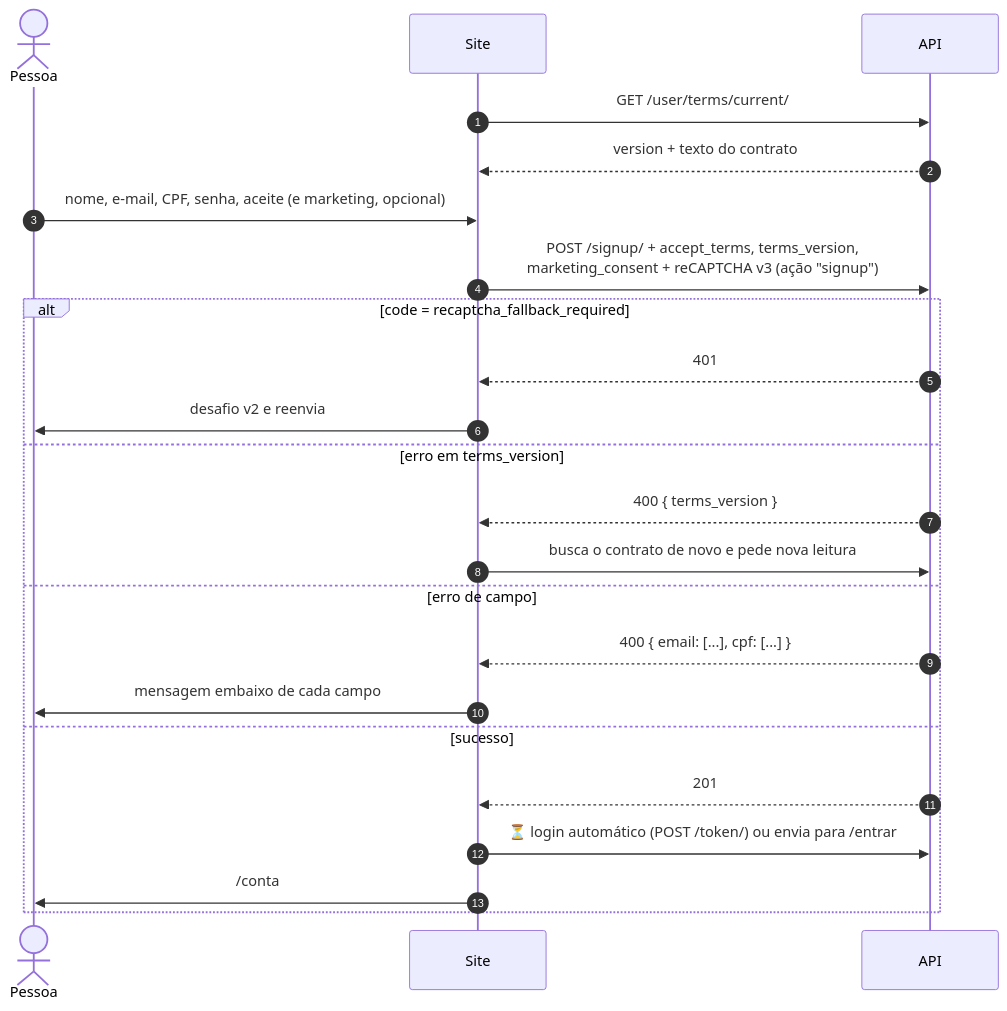
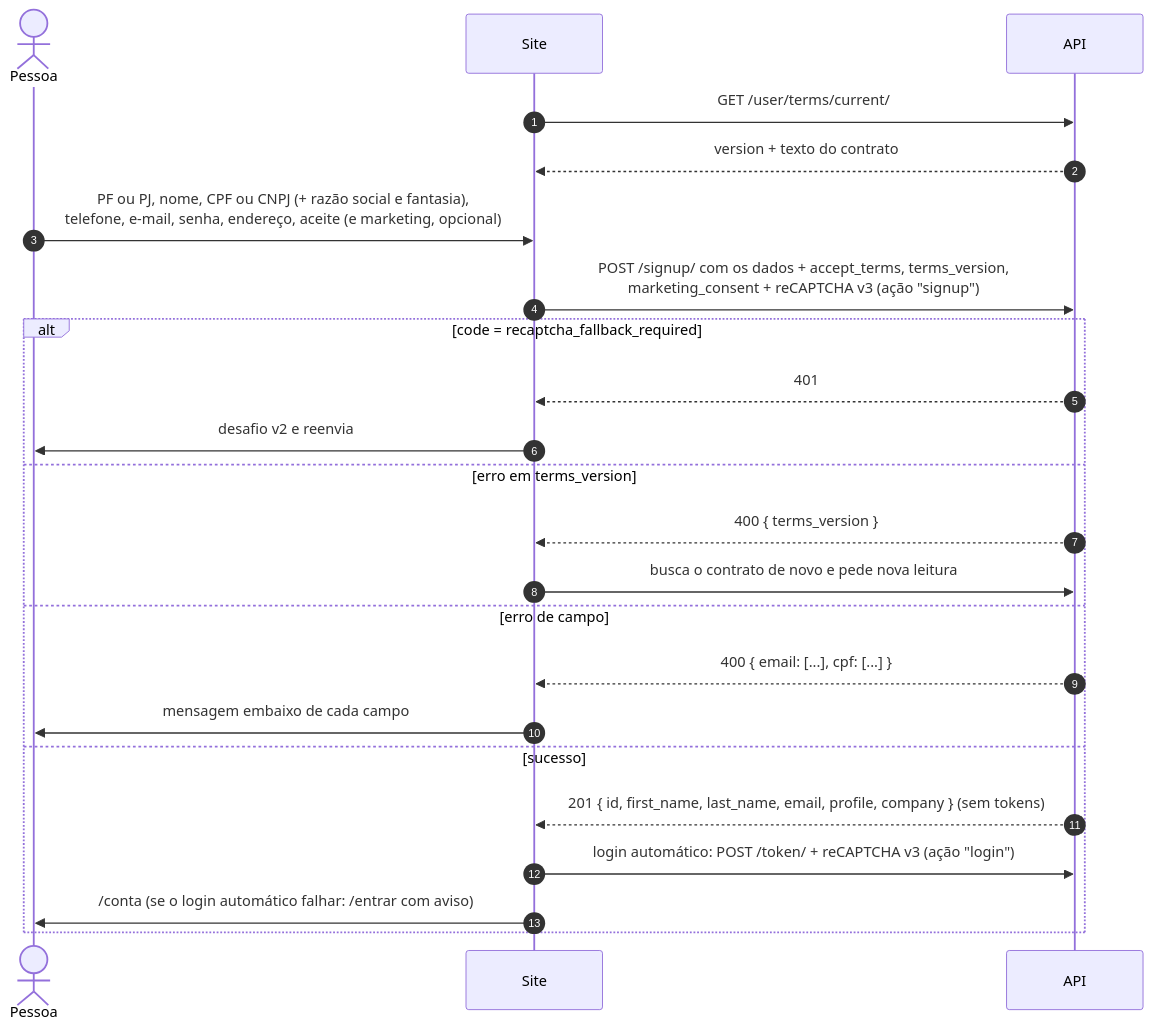
Before and after one commit to vinicius-fernandes-checkauto/checkauto-site: the sixth of 11 diagrams in docs/fluxo-auth.md, drawn with Mermaid. The commit also changed other lines of this file and 49 other files, not shown here.

````diff
--- a/docs/fluxo-auth.md
+++ b/docs/fluxo-auth.md
@@ -168,26 +168,26 @@
 ```mermaid
 sequenceDiagram
     autonumber
     actor P as Pessoa
     participant Site as Site
     participant API as API
 
     Site->>API: GET /user/terms/current/
     API-->>Site: version + texto do contrato
-    P->>Site: nome, e-mail, CPF, senha, aceite (e marketing, opcional)
-    Site->>API: POST /signup/ + accept_terms, terms_version,<br/>marketing_consent + reCAPTCHA v3 (ação "signup")
+    P->>Site: PF ou PJ, nome, CPF ou CNPJ (+ razão social e fantasia),<br/>telefone, e-mail, senha, endereço, aceite (e marketing, opcional)
+    Site->>API: POST /signup/ com os dados + accept_terms, terms_version,<br/>marketing_consent + reCAPTCHA v3 (ação "signup")
     alt code = recaptcha_fallback_required
         API-->>Site: 401
         Site->>P: desafio v2 e reenvia
     else erro em terms_version
         API-->>Site: 400 { terms_version }
         Site->>API: busca o contrato de novo e pede nova leitura
     else erro de campo
         API-->>Site: 400 { email: [...], cpf: [...] }
         Site->>P: mensagem embaixo de cada campo
     else sucesso
-        API-->>Site: 201
-        Site->>API: ⏳ login automático (POST /token/) ou envia para /entrar
-        Site->>P: /conta
+        API-->>Site: 201 { id, first_name, last_name, email, profile, company } (sem tokens)
+        Site->>API: login automático: POST /token/ + reCAPTCHA v3 (ação "login")
+        Site->>P: /conta (se o login automático falhar: /entrar com aviso)
     end
 ```
````
